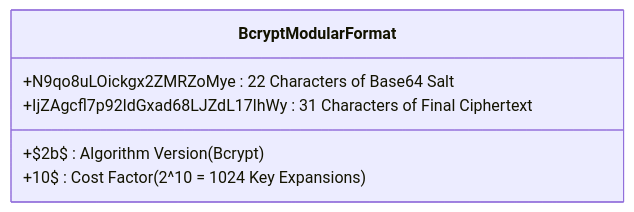
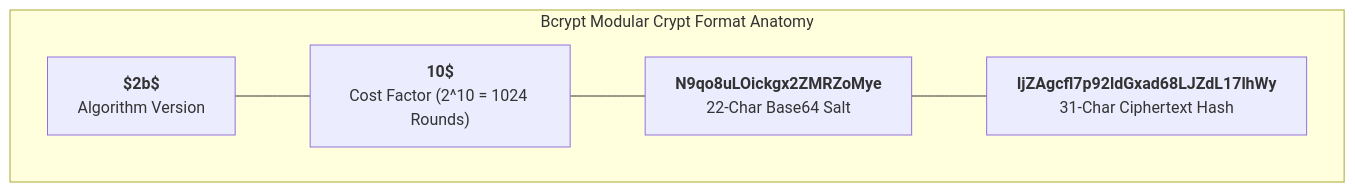
The fourth of 26 diagrams in MASTER_SYSTEM_ARCHITECTURE_AND_DEVOPS_GUIDE.md (phanidharguttikonda0/Paatam), drawn with Mermaid before and after one commit. The commit also changed other lines of this file, not shown here.

Commit message:
fix(docs): resolve GitHub Mermaid diagram parse errors across all subgraphs and sequence diagrams

````diff
--- a/MASTER_SYSTEM_ARCHITECTURE_AND_DEVOPS_GUIDE.md
+++ b/MASTER_SYSTEM_ARCHITECTURE_AND_DEVOPS_GUIDE.md
@@ -248,9 +248,11 @@
 ```mermaid
-classDiagram
-    class BcryptModularFormat {
-        +$2b$ : Algorithm Version (Bcrypt)
-        +10$ : Cost Factor (2^10 = 1024 Key Expansions)
-        +N9qo8uLOickgx2ZMRZoMye : 22 Characters of Base64 Salt
-        +IjZAgcfl7p92ldGxad68LJZdL17lhWy : 31 Characters of Final Ciphertext
-    }
+flowchart LR
+    subgraph Bcrypt_Format ["Bcrypt Modular Crypt Format Anatomy"]
+        direction LR
+        B1["<b>$2b$</b><br/>Algorithm Version"]
+        B2["<b>10$</b><br/>Cost Factor (2^10 = 1024 Rounds)"]
+        B3["<b>N9qo8uLOickgx2ZMRZoMye</b><br/>22-Char Base64 Salt"]
+        B4["<b>IjZAgcfl7p92ldGxad68LJZdL17lhWy</b><br/>31-Char Ciphertext Hash"]
+        B1 --- B2 --- B3 --- B4
+    end
 ```
````
